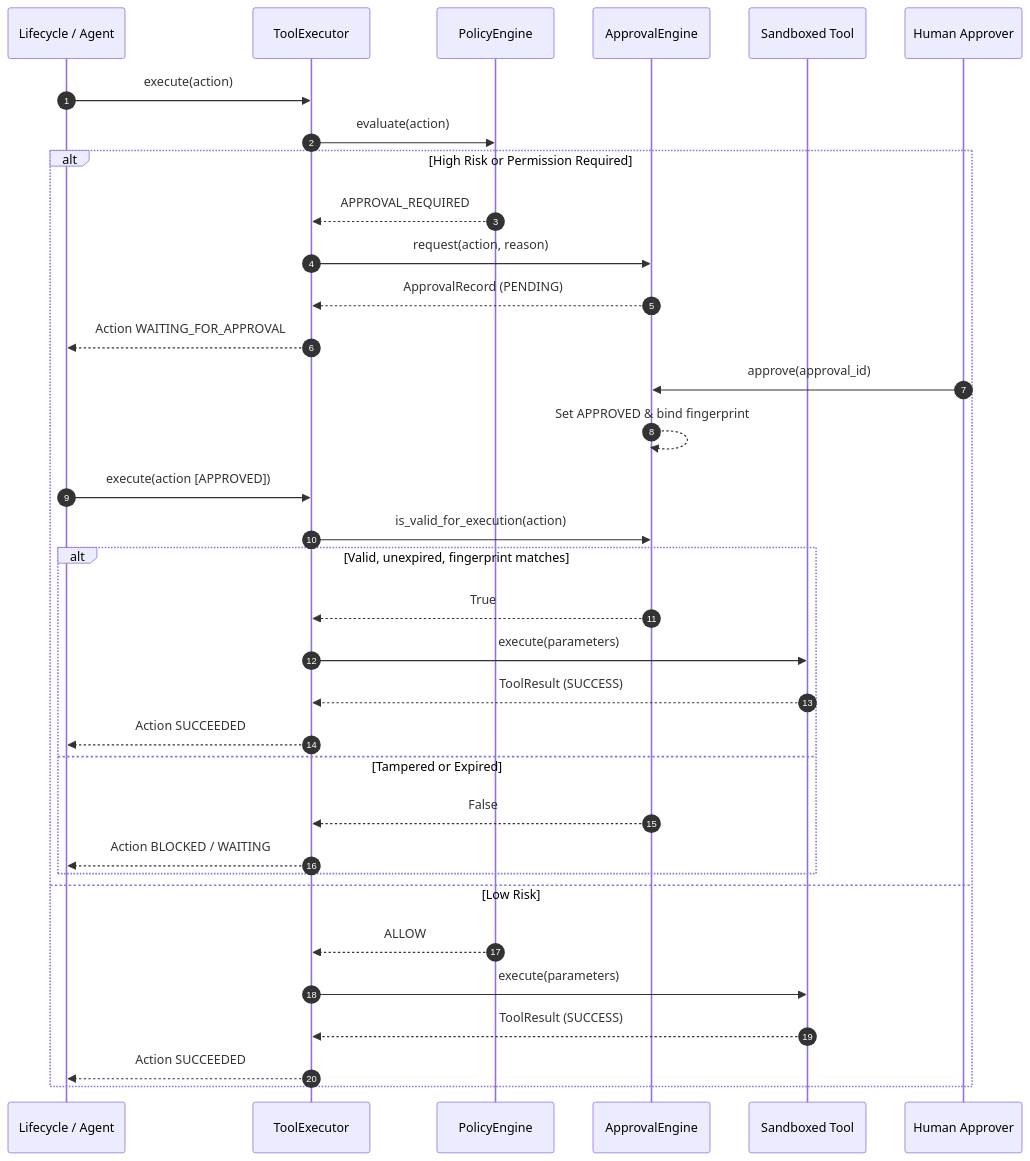
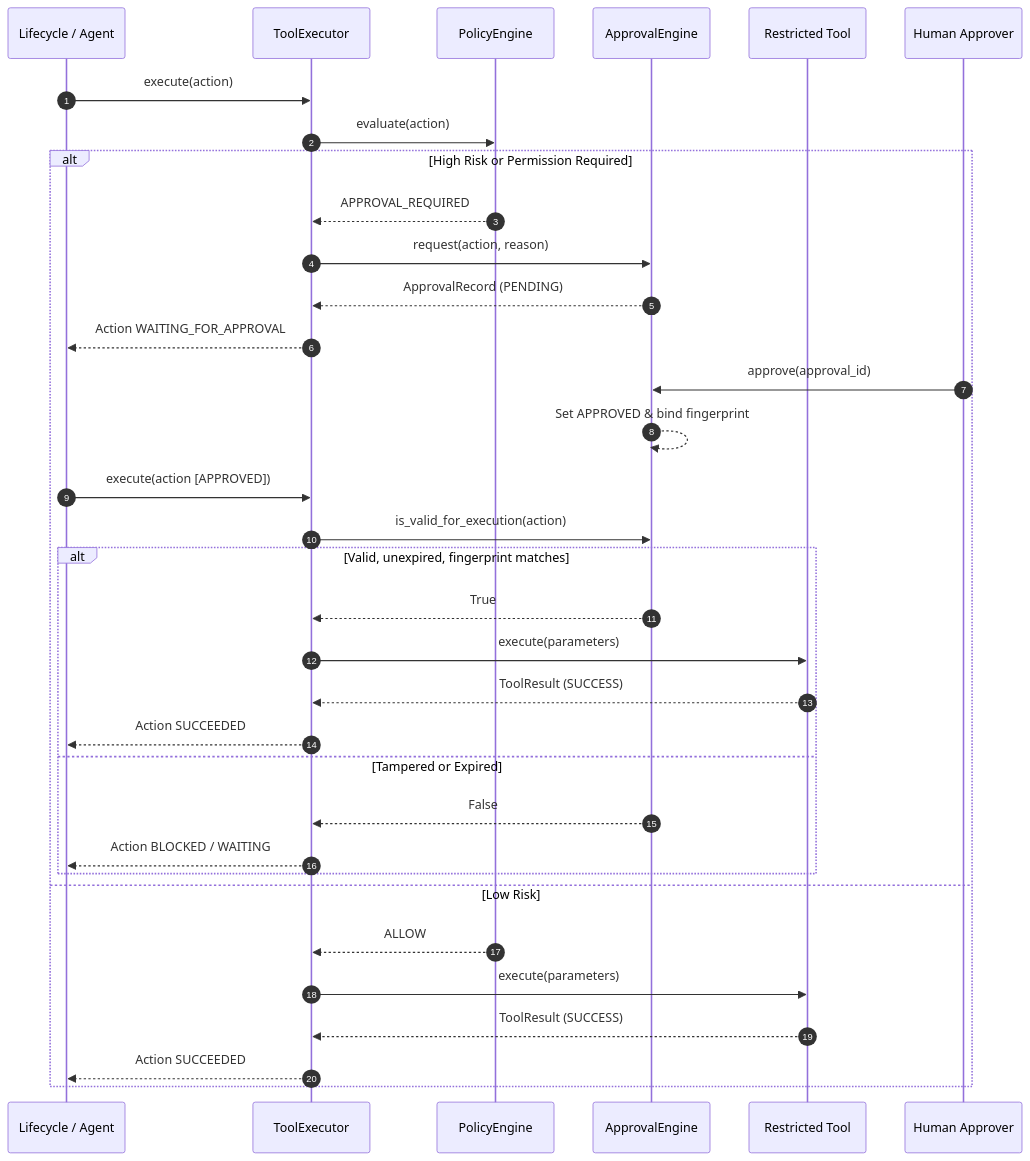
Before and after one commit to harikesh-shukla-77/Auronix: the second of 2 diagrams in docs/ARCHITECTURE.md, drawn with Mermaid. The commit also changed other lines of this file and 37 other files, not shown here.

````diff
--- a/docs/ARCHITECTURE.md
+++ b/docs/ARCHITECTURE.md
@@ -154,37 +171,37 @@
 ```mermaid
 sequenceDiagram
     autonumber
     participant Agent as Lifecycle / Agent
     participant Exec as ToolExecutor
     participant Pol as PolicyEngine
     participant Appr as ApprovalEngine
-    participant Tool as Sandboxed Tool
+    participant Tool as Restricted Tool
     participant User as Human Approver
 
     Agent->>Exec: execute(action)
     Exec->>Pol: evaluate(action)
     alt High Risk or Permission Required
         Pol-->>Exec: APPROVAL_REQUIRED
         Exec->>Appr: request(action, reason)
         Appr-->>Exec: ApprovalRecord (PENDING)
         Exec-->>Agent: Action WAITING_FOR_APPROVAL
         User->>Appr: approve(approval_id)
         Appr-->>Appr: Set APPROVED & bind fingerprint
         Agent->>Exec: execute(action [APPROVED])
         Exec->>Appr: is_valid_for_execution(action)
         alt Valid, unexpired, fingerprint matches
             Appr-->>Exec: True
             Exec->>Tool: execute(parameters)
             Tool-->>Exec: ToolResult (SUCCESS)
             Exec-->>Agent: Action SUCCEEDED
         else Tampered or Expired
             Appr-->>Exec: False
             Exec-->>Agent: Action BLOCKED / WAITING
         end
     else Low Risk
         Pol-->>Exec: ALLOW
         Exec->>Tool: execute(parameters)
         Tool-->>Exec: ToolResult (SUCCESS)
         Exec-->>Agent: Action SUCCEEDED
     end
 ```
````
